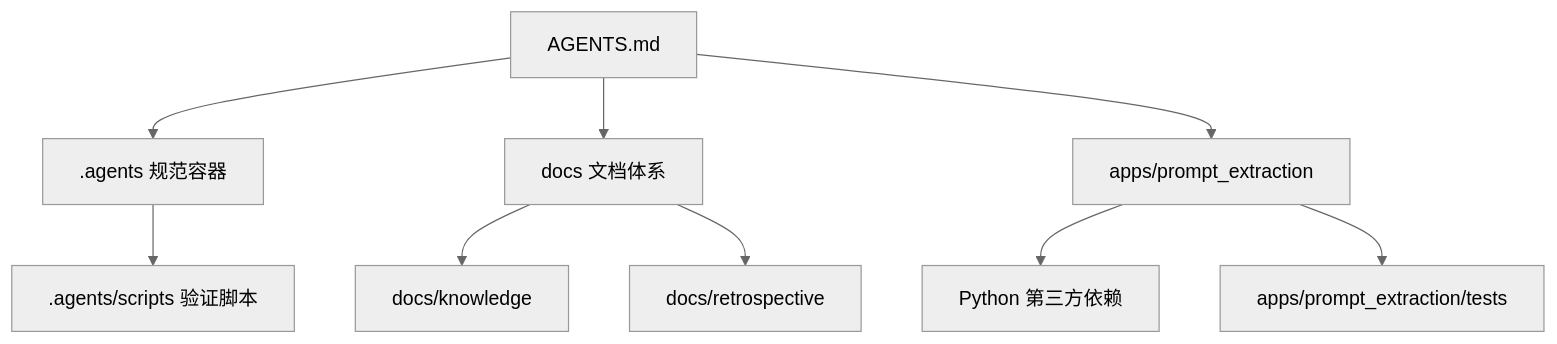
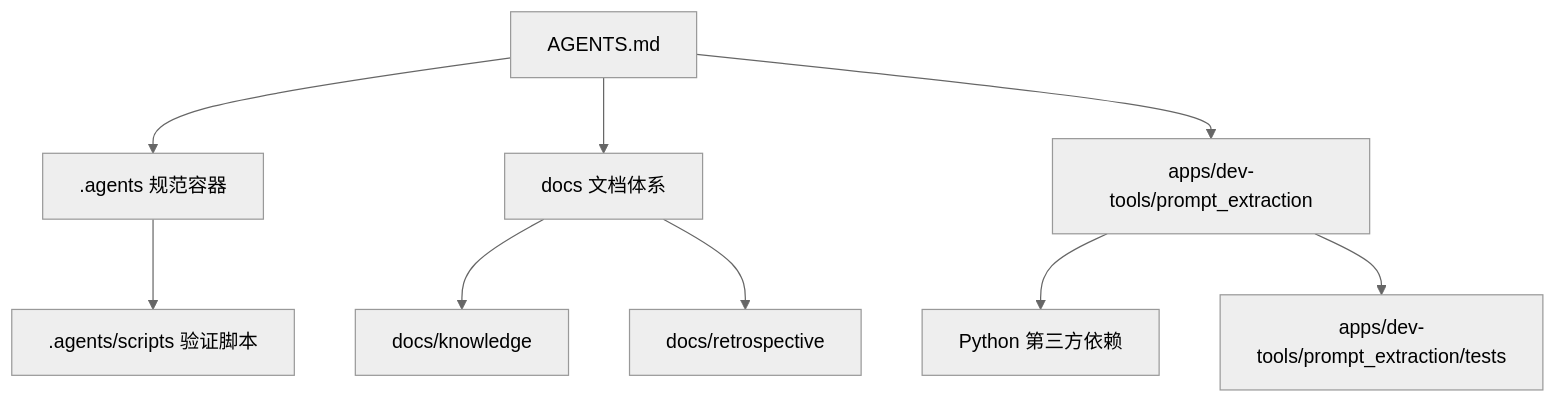
One commit to xinetzone/SpecWeave changed the first of 5 diagrams in .agents/docs/code-wiki/dependencies.md. Above: the diagram before and after it, drawn with Mermaid (neutral theme). The commit also changed other lines of this file and 640 other files, not shown here.

````diff
--- a/.agents/docs/code-wiki/dependencies.md
+++ b/.agents/docs/code-wiki/dependencies.md
@@ -12,11 +12,11 @@
 ```mermaid
 flowchart TB
     A[AGENTS.md] --> B[".agents 规范容器"]
     A --> C["docs 文档体系"]
-    A --> D[apps/prompt_extraction]
+    A --> D[apps/dev-tools/prompt_extraction]
     B --> E[".agents/scripts 验证脚本"]
     C --> F[docs/knowledge]
     C --> G[docs/retrospective]
     D --> H["Python 第三方依赖"]
-    D --> I[apps/prompt_extraction/tests]
+    D --> I[apps/dev-tools/prompt_extraction/tests]
 ```
````
